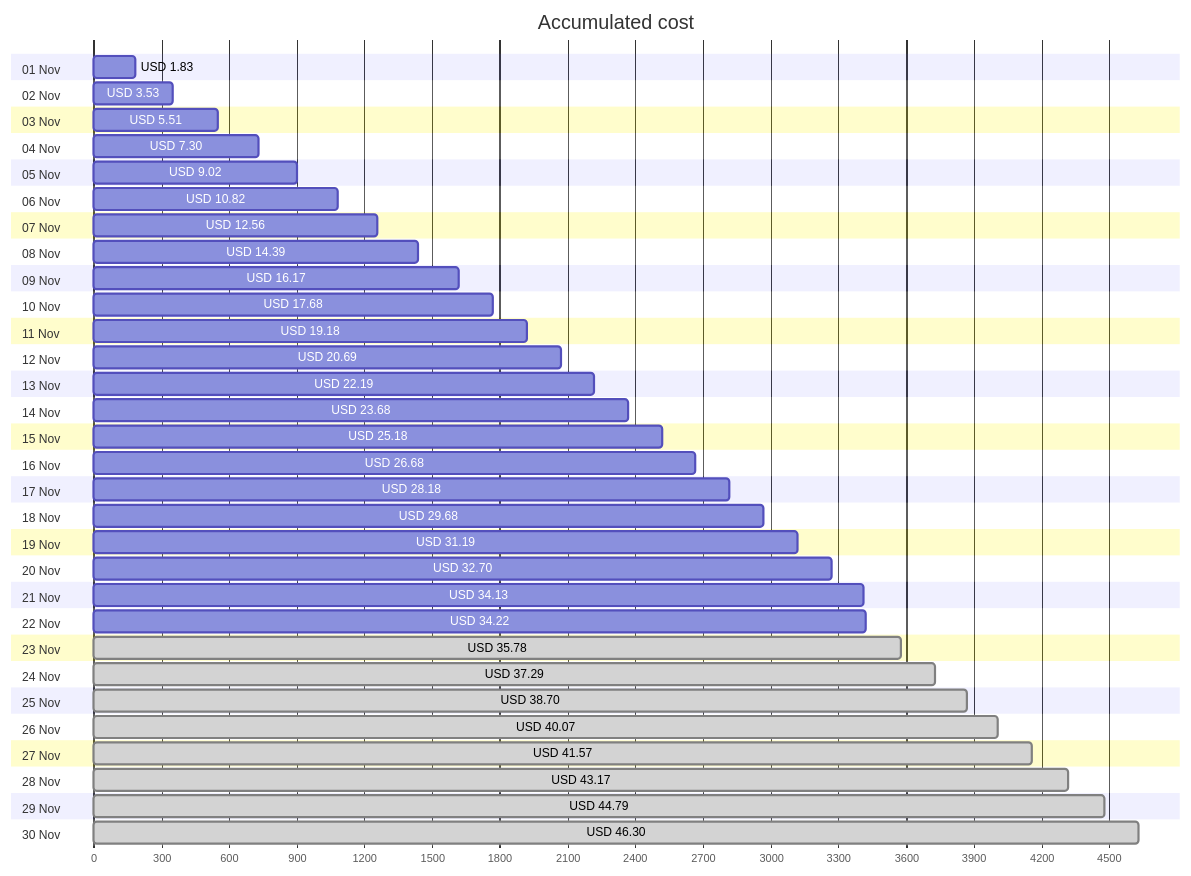
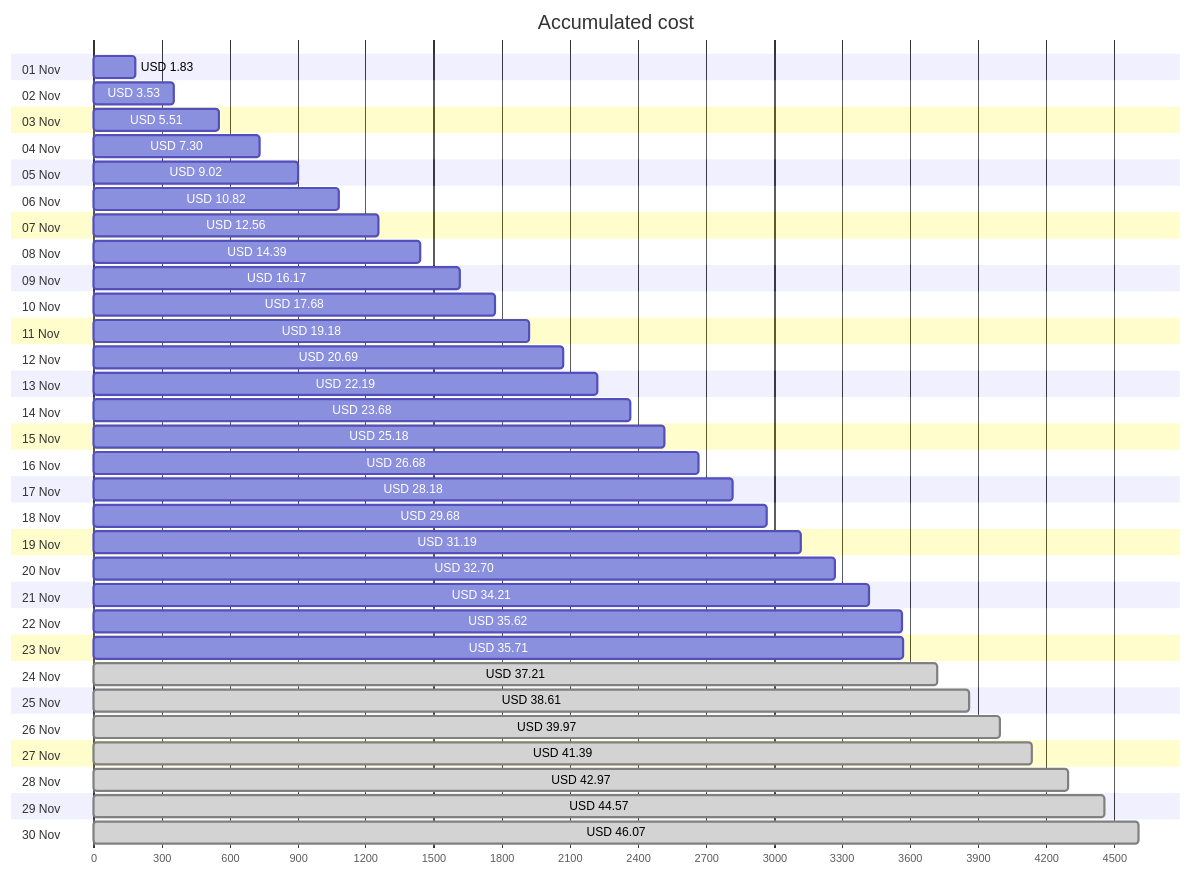
Before and after one commit to jpfulton/azure-personal-reports: the first of 4 diagrams in cost-reports/personal-network/README.md, drawn with Mermaid. The commit also changed other lines of this file and 8 other files, not shown here.

````diff
--- a/cost-reports/personal-network/README.md
+++ b/cost-reports/personal-network/README.md
@@ -20,66 +20,66 @@
 ```mermaid
 gantt
    title Accumulated cost
    dateFormat  X
    axisFormat %s
    section 01 Nov
    USD 1.83 :0, 183
    section 02 Nov
    USD 3.53 :0, 353
    section 03 Nov
    USD 5.51 :0, 551
    section 04 Nov
    USD 7.30 :0, 730
    section 05 Nov
    USD 9.02 :0, 902
    section 06 Nov
    USD 10.82 :0, 1082
    section 07 Nov
    USD 12.56 :0, 1256
    section 08 Nov
    USD 14.39 :0, 1439
    section 09 Nov
    USD 16.17 :0, 1617
    section 10 Nov
    USD 17.68 :0, 1768
    section 11 Nov
    USD 19.18 :0, 1918
    section 12 Nov
    USD 20.69 :0, 2069
    section 13 Nov
    USD 22.19 :0, 2219
    section 14 Nov
    USD 23.68 :0, 2368
    section 15 Nov
    USD 25.18 :0, 2518
    section 16 Nov
    USD 26.68 :0, 2668
    section 17 Nov
    USD 28.18 :0, 2818
    section 18 Nov
    USD 29.68 :0, 2968
    section 19 Nov
    USD 31.19 :0, 3119
    section 20 Nov
    USD 32.70 :0, 3270
    section 21 Nov
-   USD 34.13 :0, 3413
+   USD 34.21 :0, 3421
    section 22 Nov
-   USD 34.22 :0, 3422
+   USD 35.62 :0, 3562
    section 23 Nov
-   USD 35.78 : done, 0, 3578
+   USD 35.71 :0, 3571
    section 24 Nov
-   USD 37.29 : done, 0, 3729
+   USD 37.21 : done, 0, 3721
    section 25 Nov
-   USD 38.70 : done, 0, 3870
+   USD 38.61 : done, 0, 3861
    section 26 Nov
-   USD 40.07 : done, 0, 4007
+   USD 39.97 : done, 0, 3997
    section 27 Nov
-   USD 41.57 : done, 0, 4157
+   USD 41.39 : done, 0, 4139
    section 28 Nov
-   USD 43.17 : done, 0, 4317
+   USD 42.97 : done, 0, 4297
    section 29 Nov
-   USD 44.79 : done, 0, 4479
+   USD 44.57 : done, 0, 4457
    section 30 Nov
-   USD 46.30 : done, 0, 4630
+   USD 46.07 : done, 0, 4607
 ```
````
